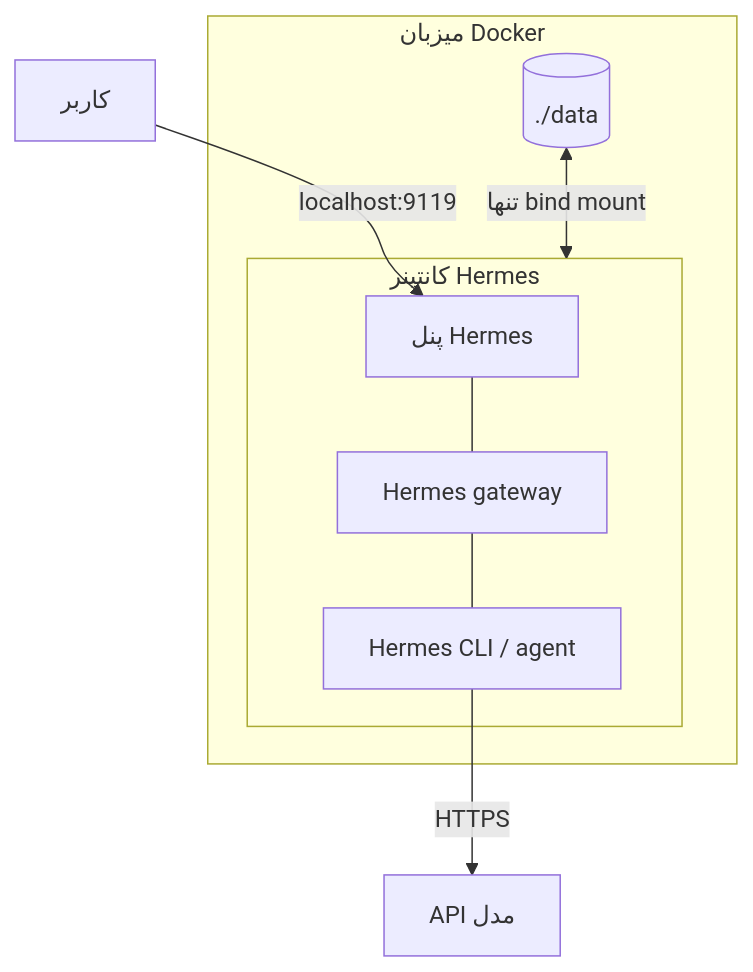
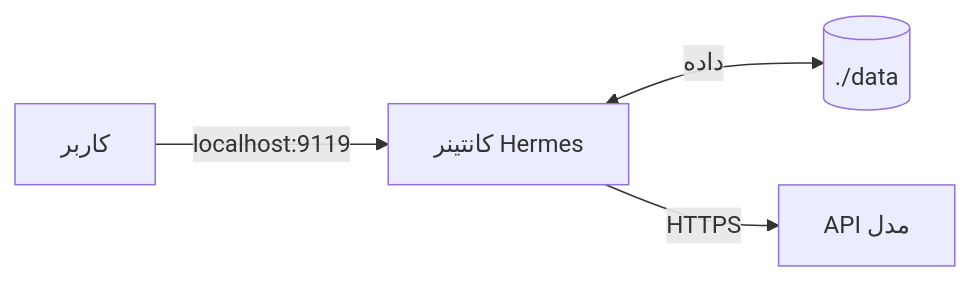
One commit to SadraKhorami/hermes-secure-docker changed the diagram in README_fa.md. Above: the diagram before and after it, drawn with Mermaid. The commit also changed 1 other file, not shown here.

Commit message:
Simplify architecture diagram

````diff
--- a/README_fa.md
+++ b/README_fa.md
@@ -7,14 +7,6 @@
 ```mermaid
-flowchart TB
-  User[کاربر] -->|localhost:9119| Dashboard[پنل Hermes]
-  subgraph Host[میزبان Docker]
-    subgraph Container[کانتینر Hermes]
-      Dashboard
-      Gateway[Hermes gateway]
-      Agent[Hermes CLI / agent]
-      Dashboard --- Gateway --- Agent
-    end
-    Data[(./data)] <-->|تنها bind mount| Container
-  end
-  Agent -->|HTTPS| Provider[API مدل]
+flowchart LR
+  User[کاربر] -->|localhost:9119| Hermes[کانتینر Hermes]
+  Hermes <-->|داده| Data[(./data)]
+  Hermes -->|HTTPS| Provider[API مدل]
 ```
````
